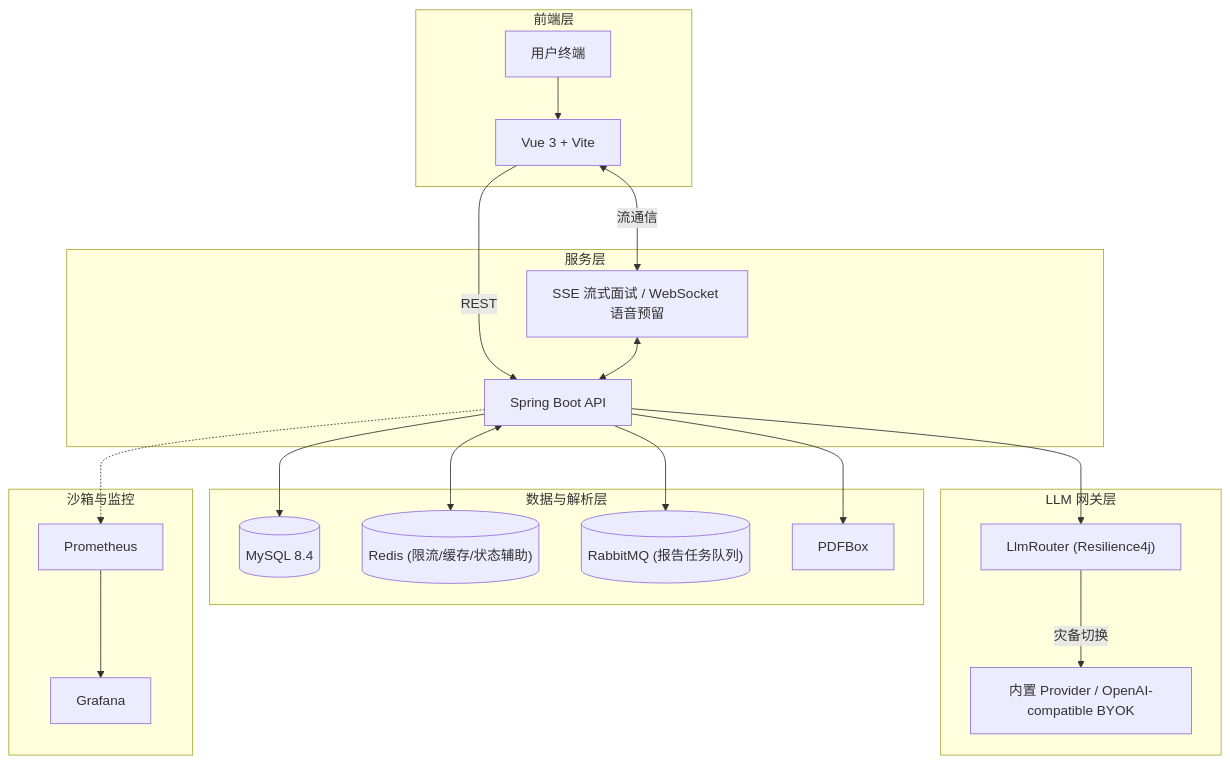
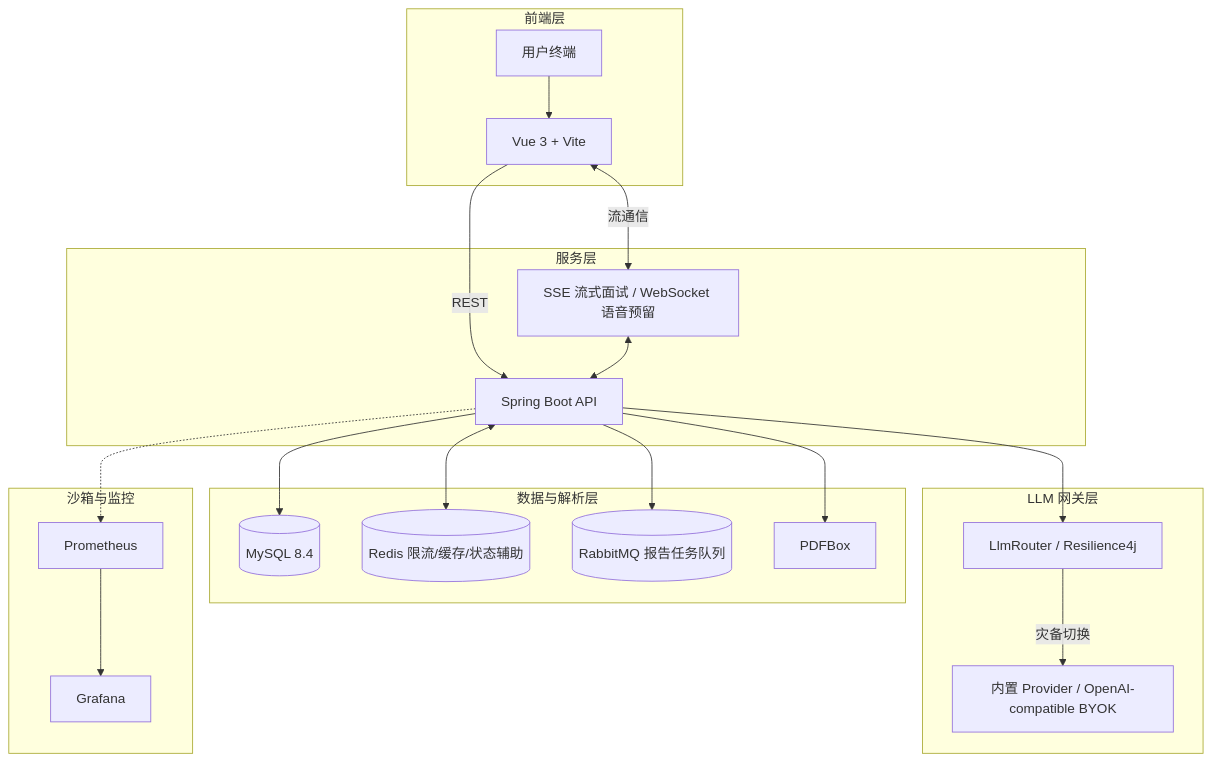
Before and after one commit to zyyyyynnn/Prelude: the diagram in README.md, drawn with Mermaid. The commit also changed other lines of this file, not shown here.

Commit message:
Fix README badge style and architecture diagram

````diff
--- a/README.md
+++ b/README.md
@@ -26,42 +26,41 @@
 ```mermaid
 flowchart TB
-  subgraph Client ["前端层"]
+  subgraph Client [前端层]
     U["用户终端"] --> FE["Vue 3 + Vite"]
   end
 
-  subgraph Server ["服务层"]
+  subgraph Server [服务层]
     API["Spring Boot API"]
     WS["SSE 流式面试 / WebSocket 语音预留"]
   end
 
-  subgraph Data ["数据与解析层"]
-    DB[("MySQL 8.4")]
-    Redis[("Redis (限流/缓存/状态辅助)")]
-    RabbitMQ[("RabbitMQ (报告任务队列)")]
+  subgraph Data [数据与解析层]
+    DB[(MySQL 8.4)]
+    Redis[(Redis 限流/缓存/状态辅助)]
+    RabbitMQ[(RabbitMQ 报告任务队列)]
     PDF["PDFBox"]
   end
 
-  subgraph Gateway ["LLM 网关层"]
-    Router["LlmRouter (Resilience4j)"]
+  subgraph Gateway [LLM 网关层]
+    Router["LlmRouter / Resilience4j"]
     LLM["内置 Provider / OpenAI-compatible BYOK"]
     Router -->|灾备切换| LLM
   end
 
-  subgraph Ops ["沙箱与监控"]
+  subgraph Ops [沙箱与监控]
     Prometheus["Prometheus"]
     Grafana["Grafana"]
     Prometheus --> Grafana
   end
 
   FE -->|REST| API
   FE <-->|流通信| WS
   WS <--> API
 
   API --> DB
   API <--> Redis
   API --> RabbitMQ
   API --> PDF
   API --> Router
-
   API -.-> Prometheus
 ```
````
